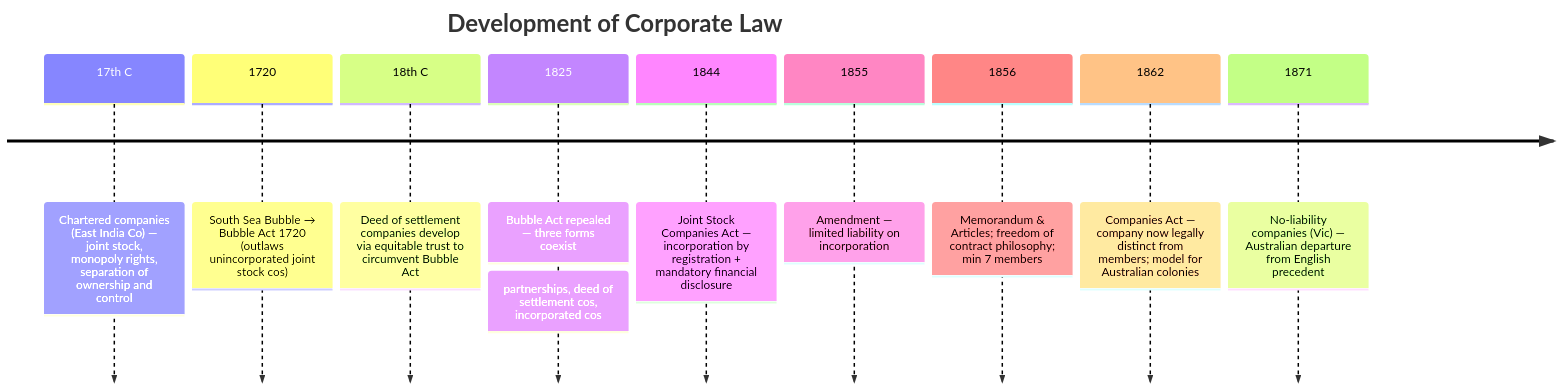
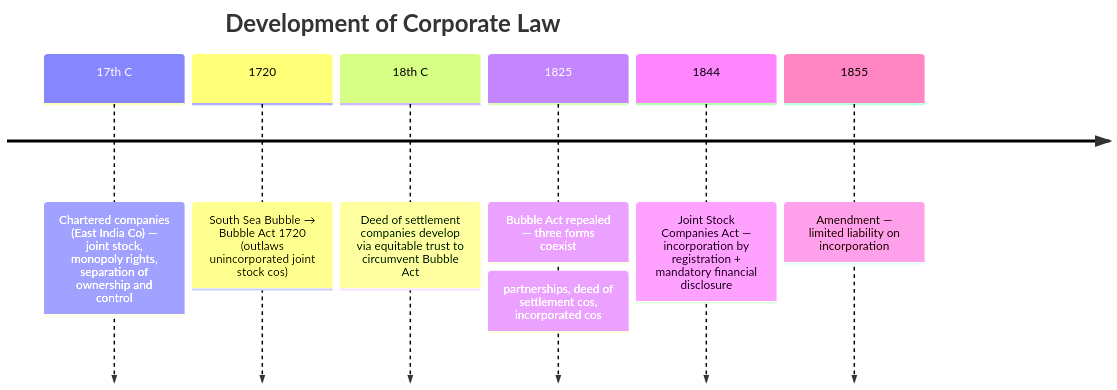
Before and after one commit to matthew-duff/bacheloroflaws: the first of 3 diagrams in Corporate Law/summaries/Week 1/Chapter 1 — History and Regulatory Structure.md, drawn with Mermaid. The commit also changed other lines of this file and 21 other files, not shown here.

````diff
--- a/Corporate Law/summaries/Week 1/Chapter 1 — History and Regulatory Structure.md
+++ b/Corporate Law/summaries/Week 1/Chapter 1 — History and Regulatory Structure.md
@@ -466,13 +467,10 @@
 ```mermaid
 timeline
     title Development of Corporate Law
     17th C : Chartered companies (East India Co) — joint stock, monopoly rights, separation of ownership and control
     1720 : South Sea Bubble → Bubble Act 1720 (outlaws unincorporated joint stock cos)
     18th C : Deed of settlement companies develop via equitable trust to circumvent Bubble Act
     1825 : Bubble Act repealed — three forms coexist: partnerships, deed of settlement cos, incorporated cos
     1844 : Joint Stock Companies Act — incorporation by registration + mandatory financial disclosure
     1855 : Amendment — limited liability on incorporation
-    1856 : Memorandum & Articles; freedom of contract philosophy; min 7 members
-	1862 : Companies Act — company now legally distinct from members; model for Australian colonies
-    1871 : No-liability companies (Vic) — Australian departure from English precedent
 ```
````
